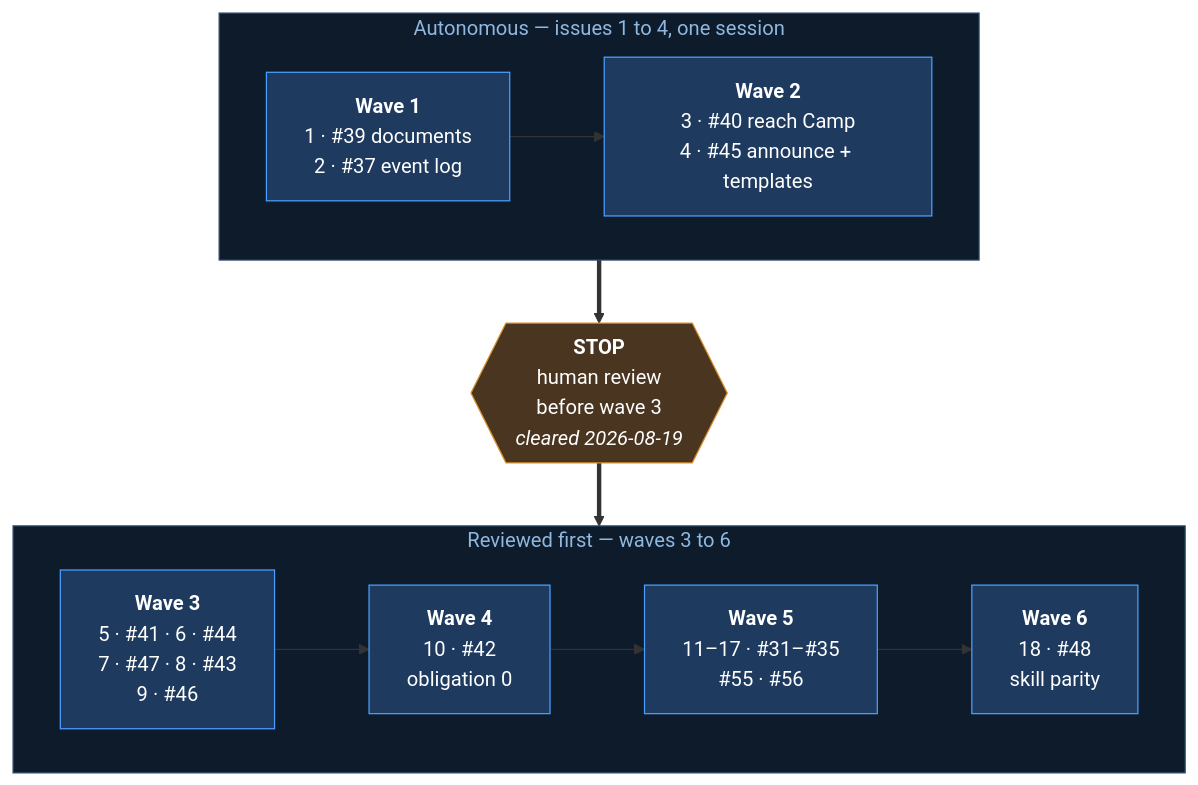
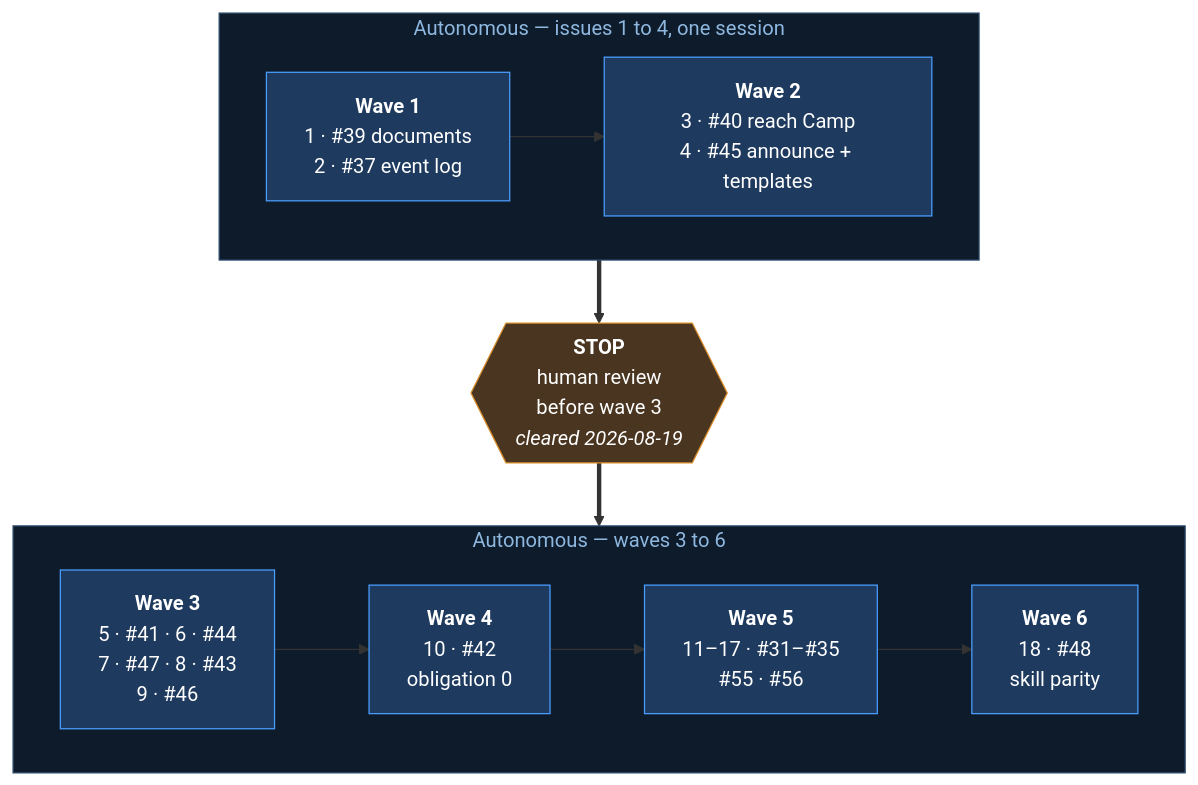
The third of 3 diagrams in docs/arc-log/arc-03-camp.md (Calyx-Engineering/arc), drawn with Mermaid before and after one commit. The commit also changed other lines of this file, not shown here.

First line of the commit message:
docs: run waves 3 to 6 autonomously

````diff
--- a/docs/arc-log/arc-03-camp.md
+++ b/docs/arc-log/arc-03-camp.md
@@ -154,21 +154,21 @@
 ```mermaid
 flowchart TB
     subgraph A[" Autonomous — issues 1 to 4, one session "]
         direction LR
         W1["<b>Wave 1</b><br/>1 · #39 documents<br/>2 · #37 event log"] --> W2["<b>Wave 2</b><br/>3 · #40 reach Camp<br/>4 · #45 announce + templates"]
     end
     A ==> STOP{{"<b>STOP</b><br/>human review<br/>before wave 3<br/><i>cleared 2026-08-19</i>"}}
-    subgraph B[" Reviewed first — waves 3 to 6 "]
+    subgraph B[" Autonomous — waves 3 to 6 "]
         direction LR
         W3["<b>Wave 3</b><br/>5 · #41 · 6 · #44<br/>7 · #47 · 8 · #43<br/>9 · #46"] --> W4["<b>Wave 4</b><br/>10 · #42<br/>obligation 0"]
         W4 --> W5["<b>Wave 5</b><br/>11–17 · #31–#35<br/>#55 · #56"]
         W5 --> W6["<b>Wave 6</b><br/>18 · #48<br/>skill parity"]
     end
     STOP ==> B
     classDef n fill:#1e3a5f,stroke:#4a9eff,color:#fff
     classDef s fill:#4a3520,stroke:#d98f2b,color:#fff
     class W1,W2,W3,W4,W5,W6 n
     class STOP s
     style A fill:#0d1b2a,stroke:#2c4a6b,color:#8fb8e0
     style B fill:#0d1b2a,stroke:#2c4a6b,color:#8fb8e0
 ```
````
